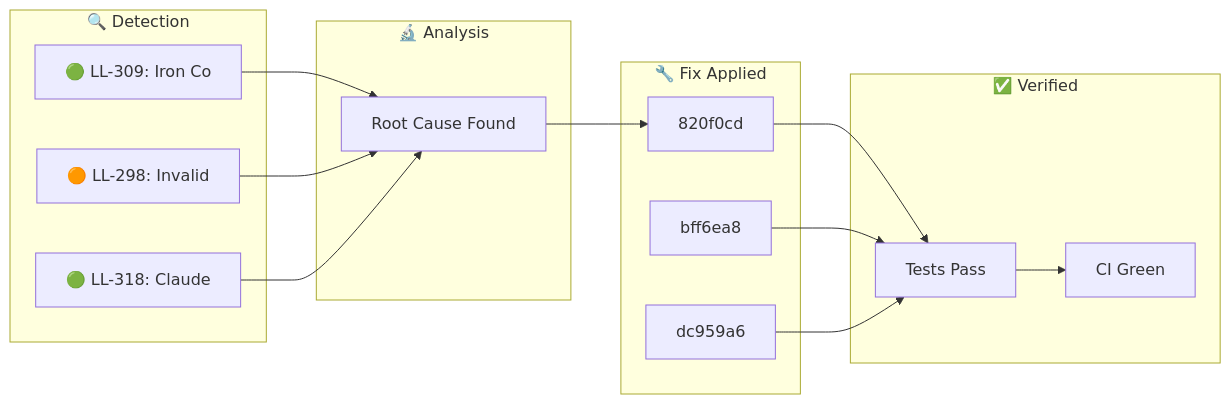
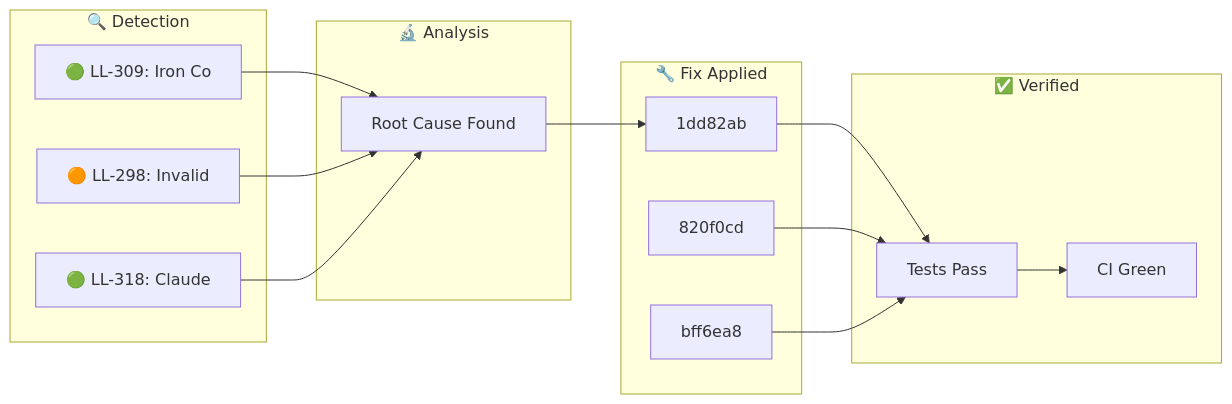
One commit to YoByron/trading changed the diagram in docs/_posts/2026-01-30-ralph-discovery.md. Above: the diagram before and after it, drawn with Mermaid. The commit also changed other lines of this file, not shown here.

Commit message:
docs(ralph): Auto-publish discovery blog post

````diff
--- a/docs/_posts/2026-01-30-ralph-discovery.md
+++ b/docs/_posts/2026-01-30-ralph-discovery.md
@@ -17,28 +17,28 @@
 ```mermaid
 flowchart LR
     subgraph Detection["🔍 Detection"]
         D1["🟢 LL-309: Iron Co"]
         D2["🟠 LL-298: Invalid"]
         D3["🟢 LL-318: Claude "]
     end
     subgraph Analysis["🔬 Analysis"]
         A1["Root Cause Found"]
     end
     subgraph Fix["🔧 Fix Applied"]
-        F1["820f0cd"]
-        F2["bff6ea8"]
-        F3["dc959a6"]
+        F1["1dd82ab"]
+        F2["820f0cd"]
+        F3["bff6ea8"]
     end
     subgraph Verify["✅ Verified"]
         V1["Tests Pass"]
         V2["CI Green"]
     end
     D1 --> A1
     D2 --> A1
     D3 --> A1
     A1 --> F1
     F1 --> V1
     F2 --> V1
     F3 --> V1
     V1 --> V2
 ```
````
